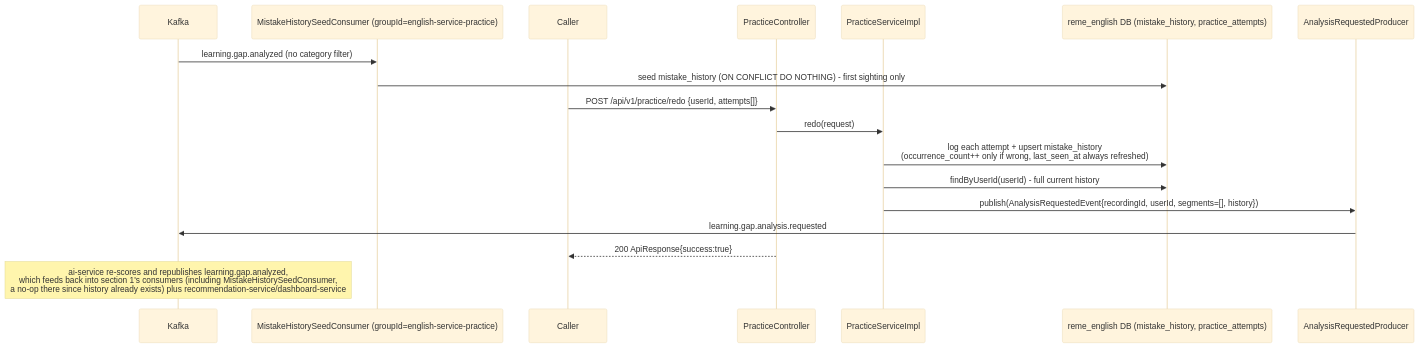
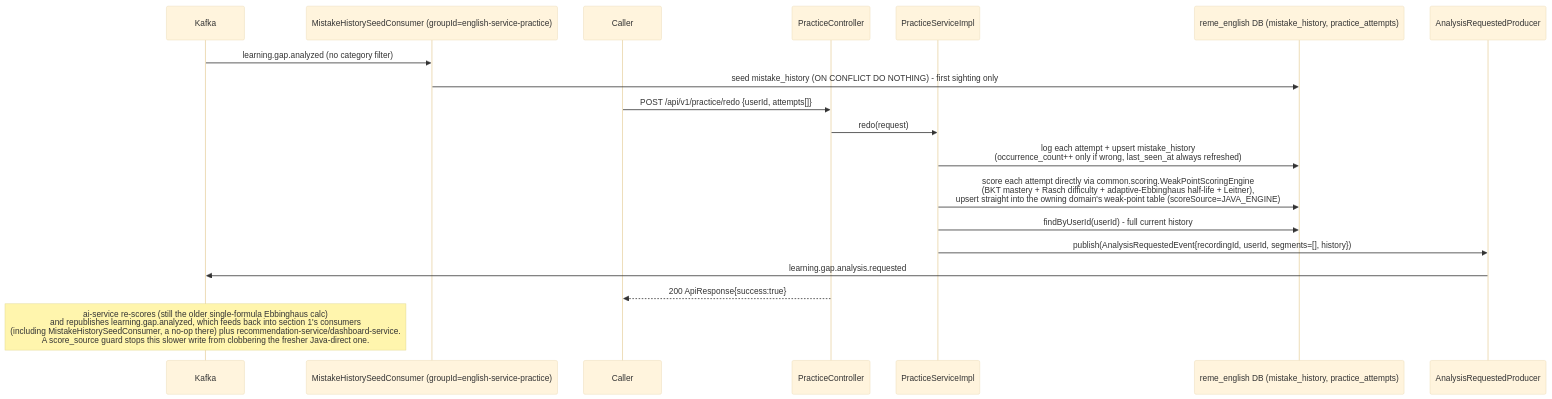
The third of 4 diagrams in docs/sequence/English_service/overview.md (CuongNguyen13/RemeLearning), drawn with Mermaid before and after one commit. The commit also changed other lines of this file and 239 other files, not shown here.

````diff
--- a/docs/sequence/English_service/overview.md
+++ b/docs/sequence/English_service/overview.md
@@ -142,29 +147,30 @@
 ```mermaid
 ---
 config:
   theme: base
   themeVariables:
     background: '#ffffff'
 ---
 sequenceDiagram
     participant Kafka
     participant Seed as MistakeHistorySeedConsumer (groupId=english-service-practice)
     participant Caller
     participant Ctrl as PracticeController
     participant Svc as PracticeServiceImpl
     participant DB as reme_english DB (mistake_history, practice_attempts)
     participant Producer as AnalysisRequestedProducer
 
     Kafka->>Seed: learning.gap.analyzed (no category filter)
     Seed->>DB: seed mistake_history (ON CONFLICT DO NOTHING) - first sighting only
 
     Caller->>Ctrl: POST /api/v1/practice/redo {userId, attempts[]}
     Ctrl->>Svc: redo(request)
     Svc->>DB: log each attempt + upsert mistake_history<br/>(occurrence_count++ only if wrong, last_seen_at always refreshed)
+    Svc->>DB: score each attempt directly via common.scoring.WeakPointScoringEngine<br/>(BKT mastery + Rasch difficulty + adaptive-Ebbinghaus half-life + Leitner),<br/>upsert straight into the owning domain's weak-point table (scoreSource=JAVA_ENGINE)
     Svc->>DB: findByUserId(userId) - full current history
     Svc->>Producer: publish(AnalysisRequestedEvent{recordingId, userId, segments=[], history})
     Producer->>Kafka: learning.gap.analysis.requested
     Ctrl-->>Caller: 200 ApiResponse{success:true}
 
-    Note over Kafka: ai-service re-scores and republishes learning.gap.analyzed,<br/>which feeds back into section 1's consumers (including MistakeHistorySeedConsumer,<br/>a no-op there since history already exists) plus recommendation-service/dashboard-service
+    Note over Kafka: ai-service re-scores (still the older single-formula Ebbinghaus calc)<br/>and republishes learning.gap.analyzed, which feeds back into section 1's consumers<br/>(including MistakeHistorySeedConsumer, a no-op there) plus recommendation-service/dashboard-service.<br/>A score_source guard stops this slower write from clobbering the fresher Java-direct one.
 ```
````
